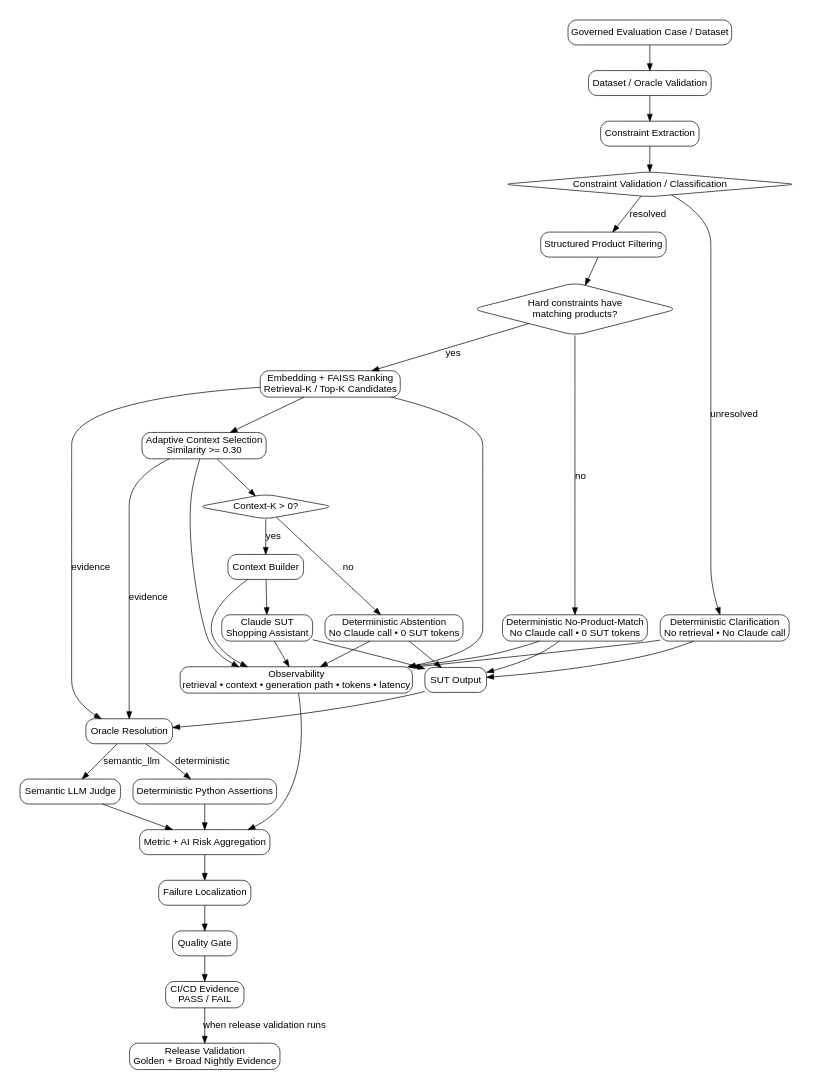
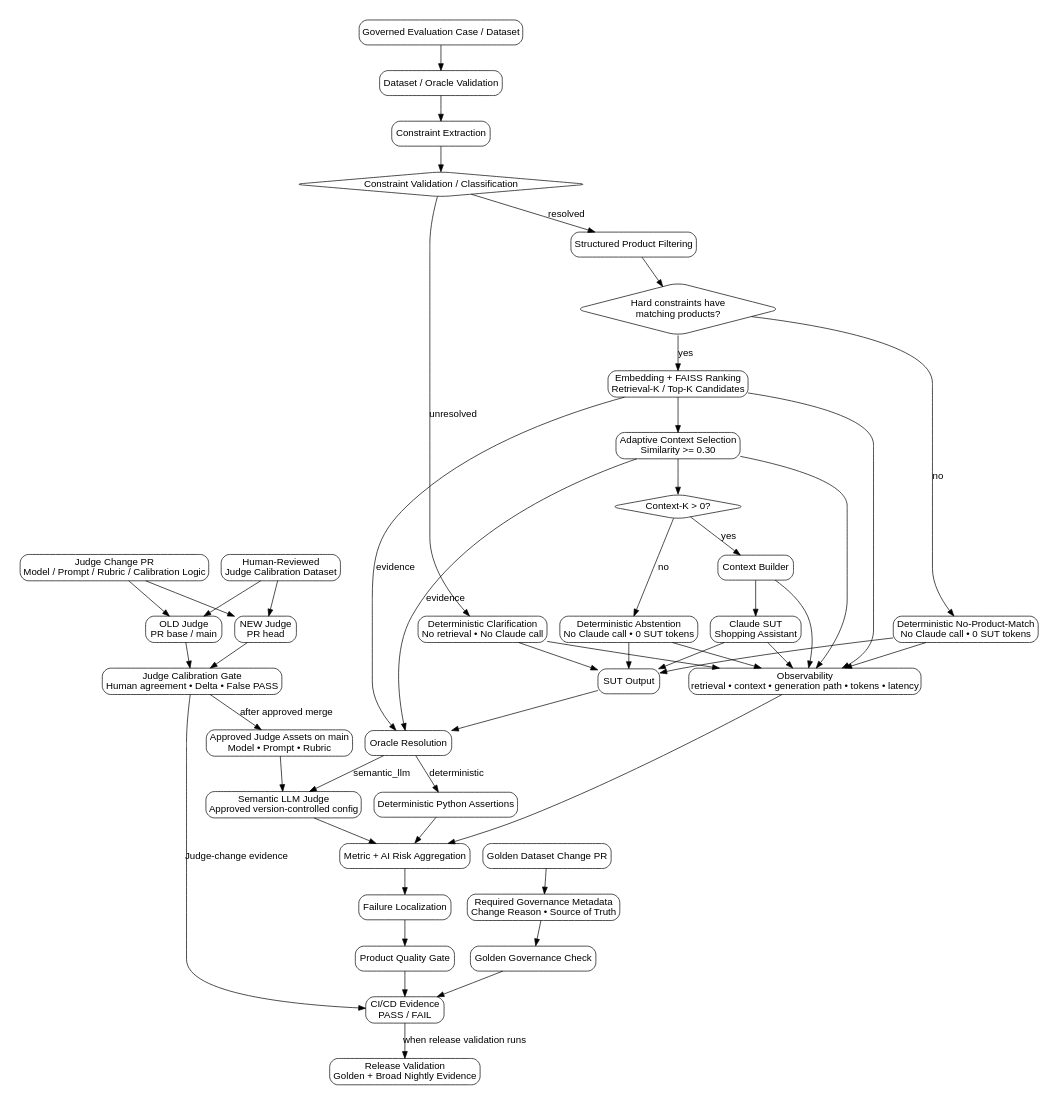
One commit to oleksandrserhieiev-beep/ai-qe-lab changed the diagram in docs/overall.dot. Above: the diagram before and after it, drawn with Graphviz.

Commit message:
docs: add evaluator and Golden governance to overall diagram

```diff
--- a/docs/overall.dot
+++ b/docs/overall.dot
@@ -1,65 +1,88 @@
 digraph G {
   rankdir=TB;
   graph [fontname="Arial", bgcolor="white", pad="0.3"];
   node [shape=box, style="rounded", fontname="Arial"];
   edge [fontname="Arial"];
 
   Dataset [label="Governed Evaluation Case / Dataset"];
   Validation [label="Dataset / Oracle Validation"];
   Constraints [label="Constraint Extraction"];
   ConstraintValidation [label="Constraint Validation / Classification", shape=diamond];
   Clarify [label="Deterministic Clarification\nNo retrieval • No Claude call"];
   Filter [label="Structured Product Filtering"];
   Match [label="Hard constraints have\nmatching products?", shape=diamond];
   NoMatch [label="Deterministic No-Product-Match\nNo Claude call • 0 SUT tokens"];
   Retrieval [label="Embedding + FAISS Ranking\nRetrieval-K / Top-K Candidates"];
   ContextK [label="Adaptive Context Selection\nSimilarity >= 0.30"];
   HasContext [label="Context-K > 0?", shape=diamond];
   Context [label="Context Builder"];
   SUT [label="Claude SUT\nShopping Assistant"];
   Abstain [label="Deterministic Abstention\nNo Claude call • 0 SUT tokens"];
   Answer [label="SUT Output"];
 
   Oracle [label="Oracle Resolution"];
   Py [label="Deterministic Python Assertions"];
-  Judge [label="Semantic LLM Judge"];
+  Judge [label="Semantic LLM Judge\nApproved version-controlled config"];
   Risk [label="Metric + AI Risk Aggregation"];
   Loc [label="Failure Localization"];
-  Gate [label="Quality Gate"];
+  Gate [label="Product Quality Gate"];
   CI [label="CI/CD Evidence\nPASS / FAIL"];
   Release [label="Release Validation\nGolden + Broad Nightly Evidence"];
   Telemetry [label="Observability\nretrieval • context • generation path • tokens • latency"];
+
+  JudgeAssets [label="Approved Judge Assets on main\nModel • Prompt • Rubric"];
+  JudgeChange [label="Judge Change PR\nModel / Prompt / Rubric / Calibration Logic"];
+  OldJudge [label="OLD Judge\nPR base / main"];
+  NewJudge [label="NEW Judge\nPR head"];
+  Calibration [label="Human-Reviewed\nJudge Calibration Dataset"];
+  CalibrationGate [label="Judge Calibration Gate\nHuman agreement • Delta • False PASS"];
+
+  GoldenChange [label="Golden Dataset Change PR"];
+  GoldenMetadata [label="Required Governance Metadata\nChange Reason • Source of Truth"];
+  GoldenCheck [label="Golden Governance Check"];
 
   Dataset -> Validation -> Constraints -> ConstraintValidation;
   ConstraintValidation -> Clarify [label="unresolved"];
   Clarify -> Answer;
   ConstraintValidation -> Filter [label="resolved"];
   Filter -> Match;
   Match -> NoMatch [label="no"];
   NoMatch -> Answer;
   Match -> Retrieval [label="yes"];
   Retrieval -> ContextK -> HasContext;
   HasContext -> Context [label="yes"];
   Context -> SUT -> Answer;
   HasContext -> Abstain [label="no"];
   Abstain -> Answer;
 
   Answer -> Oracle;
   Retrieval -> Oracle [label="evidence"];
   ContextK -> Oracle [label="evidence"];
   Oracle -> Py [label="deterministic"];
   Oracle -> Judge [label="semantic_llm"];
+  JudgeAssets -> Judge;
   Py -> Risk;
   Judge -> Risk;
   Risk -> Loc -> Gate -> CI;
   CI -> Release [label="when release validation runs"];
 
   Clarify -> Telemetry;
   NoMatch -> Telemetry;
   Retrieval -> Telemetry;
   ContextK -> Telemetry;
   Context -> Telemetry;
   SUT -> Telemetry;
   Abstain -> Telemetry;
   Telemetry -> Risk;
+
+  JudgeChange -> OldJudge;
+  JudgeChange -> NewJudge;
+  Calibration -> OldJudge;
+  Calibration -> NewJudge;
+  OldJudge -> CalibrationGate;
+  NewJudge -> CalibrationGate;
+  CalibrationGate -> CI [label="Judge-change evidence"];
+  CalibrationGate -> JudgeAssets [label="after approved merge"];
+
+  GoldenChange -> GoldenMetadata -> GoldenCheck -> CI;
 }
```
